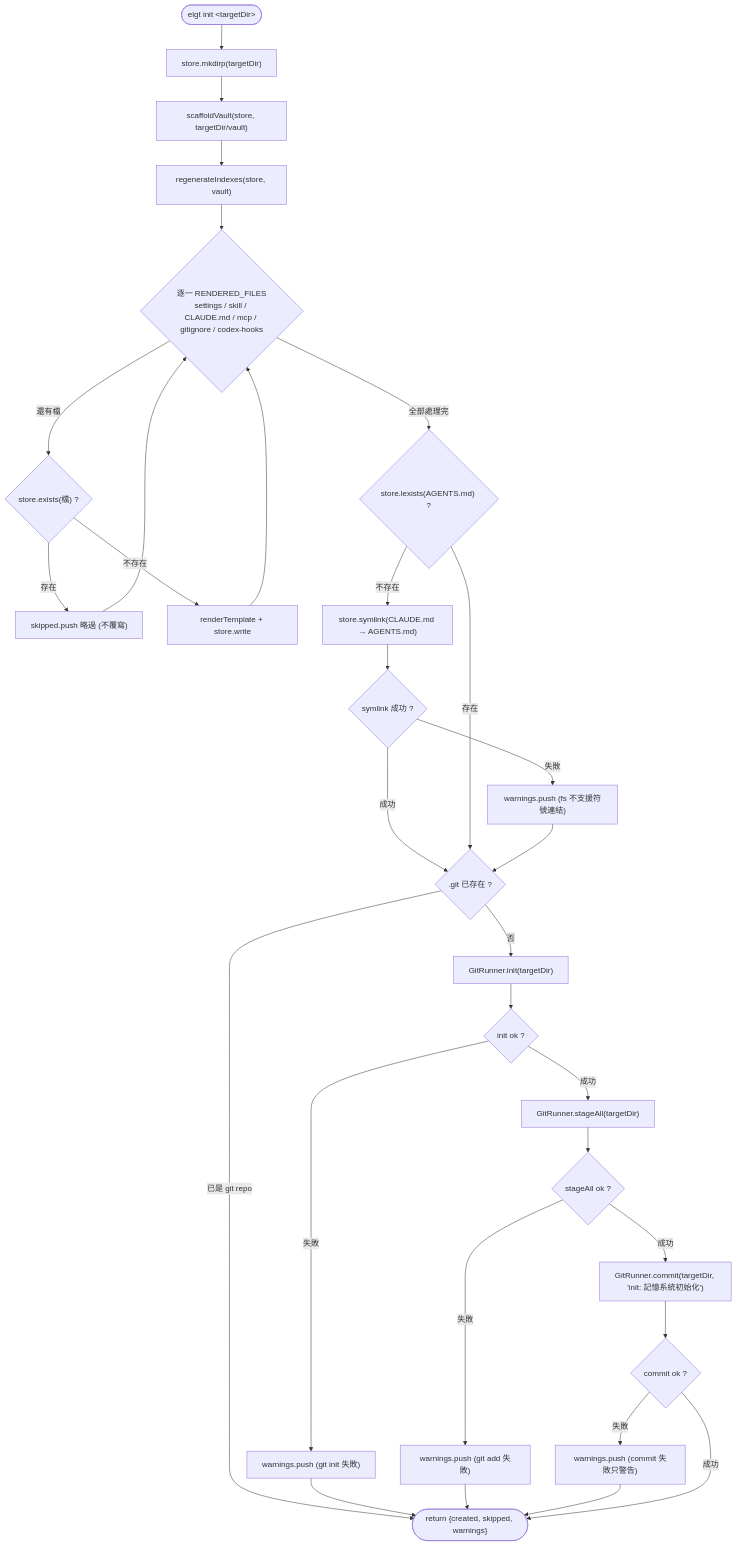
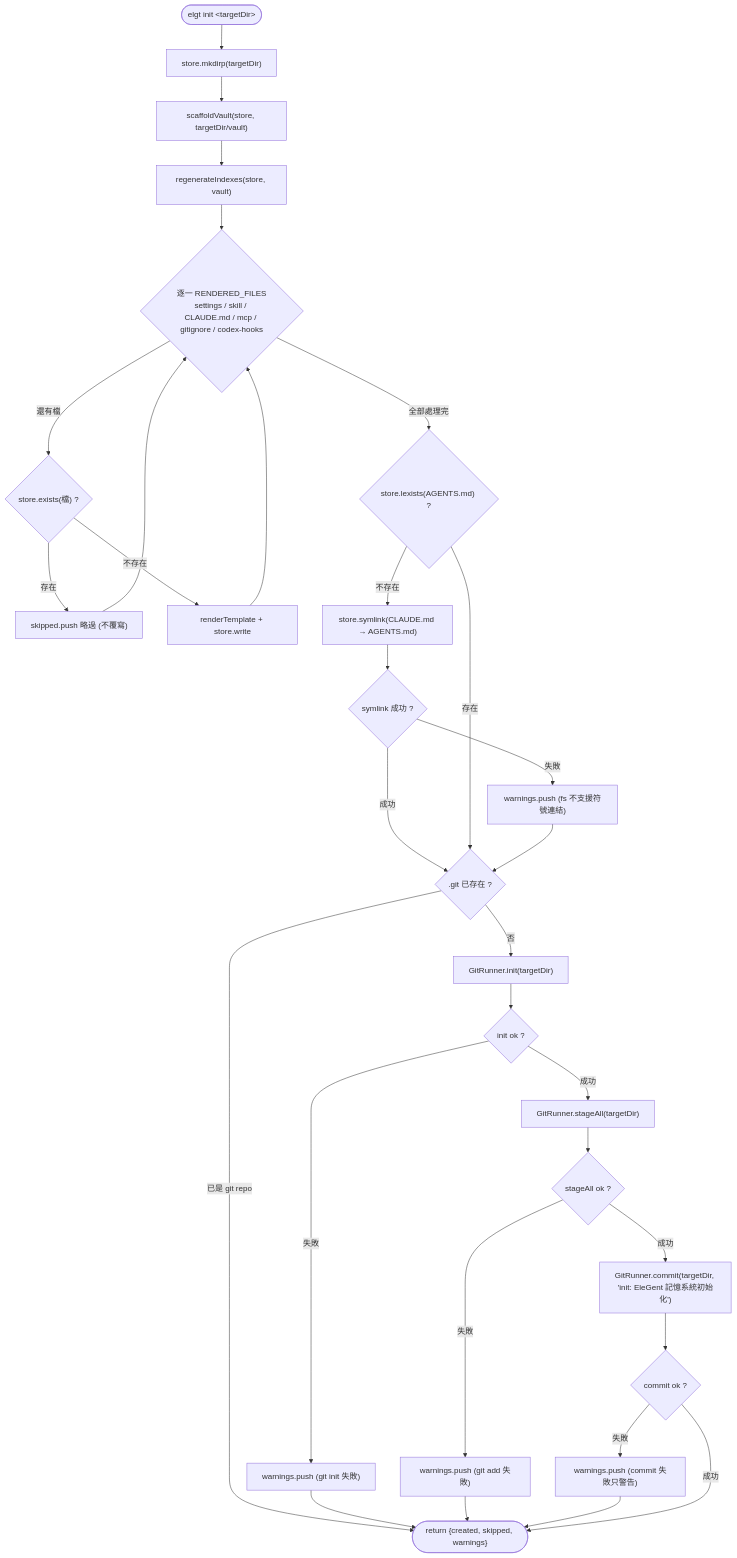
Before and after one commit to neokn/elegent: the fourth of 4 diagrams in docs/architecture/uml.md, drawn with Mermaid. The commit also changed other lines of this file and 4 other files, not shown here.

````diff
--- a/docs/architecture/uml.md
+++ b/docs/architecture/uml.md
@@ -176,28 +182,28 @@
 ```mermaid
 flowchart TD
     A(["elgt init &lt;targetDir&gt;"]) --> B["store.mkdirp(targetDir)"]
     B --> C["scaffoldVault(store, targetDir/vault)"]
     C --> D["regenerateIndexes(store, vault)"]
     D --> LOOP{"逐一 RENDERED_FILES<br/>settings / skill / CLAUDE.md / mcp / gitignore / codex-hooks"}
     LOOP -->|還有檔| EX{"store.exists(檔) ?"}
     EX -->|存在| SK["skipped.push 略過 (不覆寫)"] --> LOOP
     EX -->|不存在| WR["renderTemplate + store.write"] --> LOOP
     LOOP -->|全部處理完| LN{"store.lexists(AGENTS.md) ?"}
     LN -->|不存在| SYM["store.symlink(CLAUDE.md → AGENTS.md)"]
     SYM --> SYMOK{"symlink 成功 ?"}
     SYMOK -->|失敗| SYMW["warnings.push (fs 不支援符號連結)"]
     SYMOK -->|成功| GIT{".git 已存在 ?"}
     LN -->|存在| GIT
     SYMW --> GIT
     GIT -->|已是 git repo| DONE(["return {created, skipped, warnings}"])
     GIT -->|否| GI["GitRunner.init(targetDir)"]
     GI --> GIOK{"init ok ?"}
     GIOK -->|失敗| GIW["warnings.push (git init 失敗)"] --> DONE
     GIOK -->|成功| GA["GitRunner.stageAll(targetDir)"]
     GA --> GAOK{"stageAll ok ?"}
     GAOK -->|失敗| GAW["warnings.push (git add 失敗)"] --> DONE
-    GAOK -->|成功| GC["GitRunner.commit(targetDir, 'init: 記憶系統初始化')"]
+    GAOK -->|成功| GC["GitRunner.commit(targetDir, 'init: EleGent 記憶系統初始化')"]
     GC --> GCOK{"commit ok ?"}
     GCOK -->|失敗| GCW["warnings.push (commit 失敗只警告)"] --> DONE
     GCOK -->|成功| DONE
 ```
````
